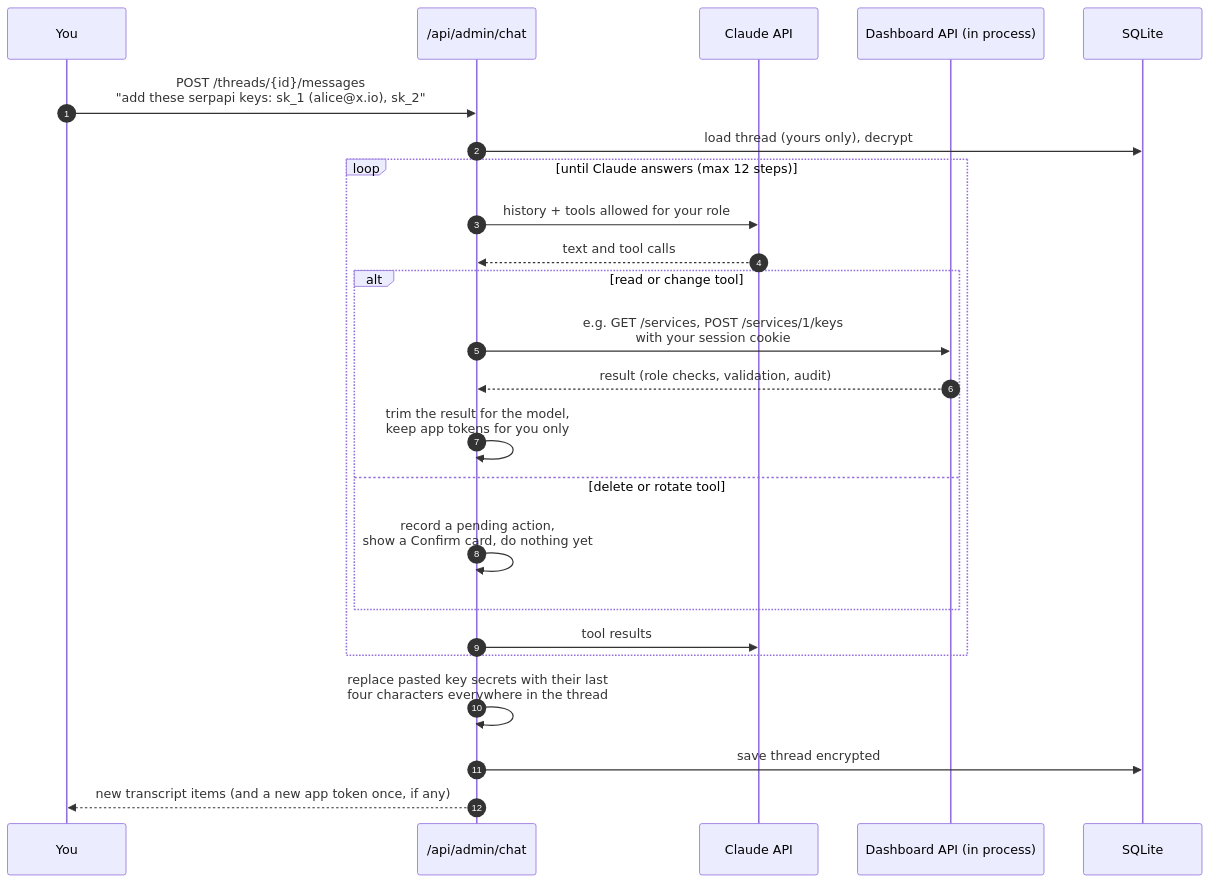
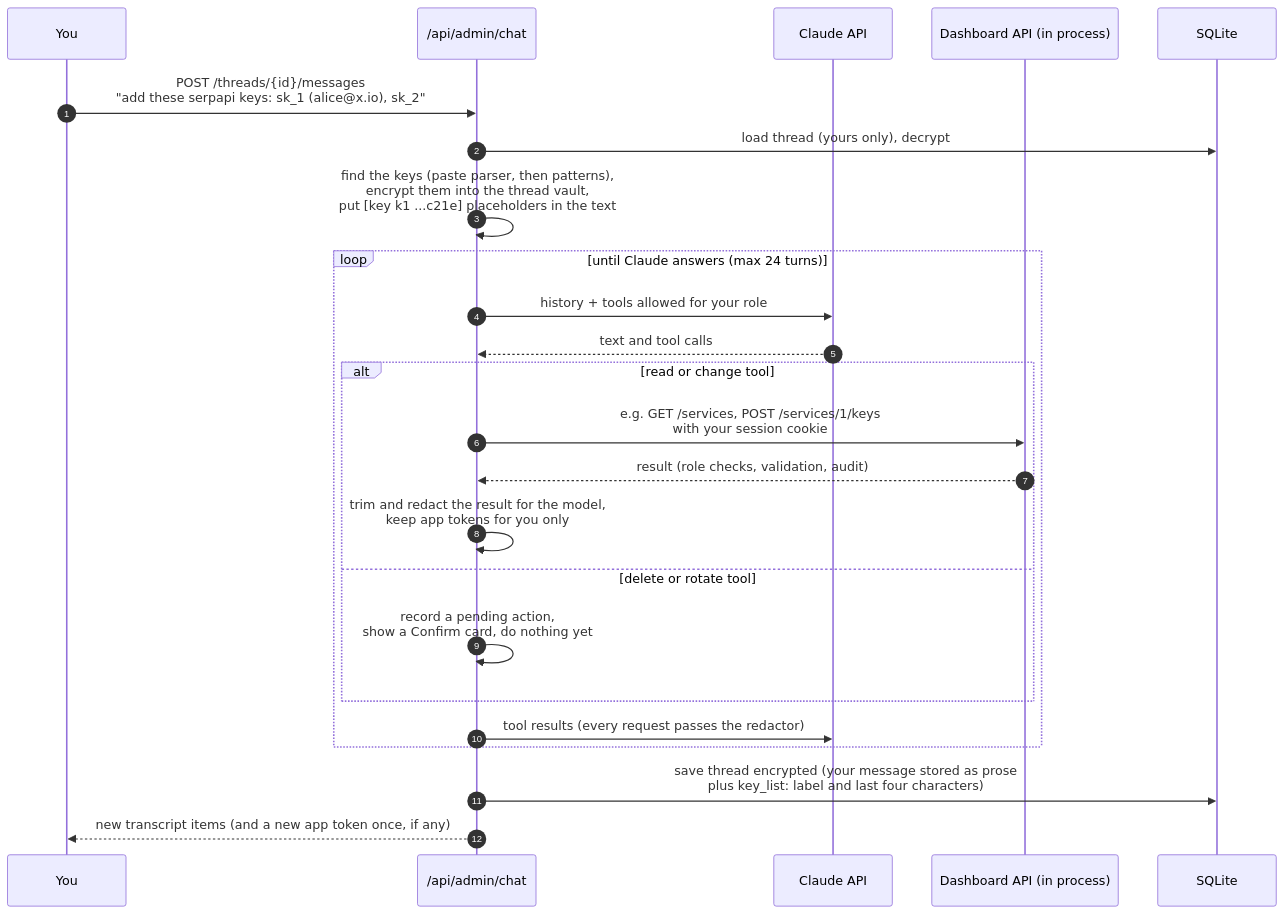
One commit to sidharthpunathil/acnologia changed diagram 11 of 13 in server/internal/docsmd/files/flows.md. Above: the diagram before and after it, drawn with Mermaid. The commit also changed other lines of this file and 43 other files, not shown here.

````diff
--- a/server/internal/docsmd/files/flows.md
+++ b/server/internal/docsmd/files/flows.md
@@ -336,27 +365,27 @@
 ```mermaid
 sequenceDiagram
     autonumber
     participant U as You
     participant C as /api/admin/chat
     participant Cl as Claude API
     participant D as Dashboard API (in process)
     participant DB as SQLite
 
     U->>C: POST /threads/{id}/messages<br/>"add these serpapi keys: sk_1 (alice@x.io), sk_2"
     C->>DB: load thread (yours only), decrypt
-    loop until Claude answers (max 12 steps)
+    C->>C: find the keys (paste parser, then patterns),<br/>encrypt them into the thread vault,<br/>put [key k1 ...c21e] placeholders in the text
+    loop until Claude answers (max 24 turns)
         C->>Cl: history + tools allowed for your role
         Cl-->>C: text and tool calls
         alt read or change tool
             C->>D: e.g. GET /services, POST /services/1/keys<br/>with your session cookie
             D-->>C: result (role checks, validation, audit)
-            C->>C: trim the result for the model,<br/>keep app tokens for you only
+            C->>C: trim and redact the result for the model,<br/>keep app tokens for you only
         else delete or rotate tool
             C->>C: record a pending action,<br/>show a Confirm card, do nothing yet
         end
-        C->>Cl: tool results
+        C->>Cl: tool results (every request passes the redactor)
     end
-    C->>C: replace pasted key secrets with their last<br/>four characters everywhere in the thread
-    C->>DB: save thread encrypted
+    C->>DB: save thread encrypted (your message stored as prose<br/>plus key_list: label and last four characters)
     C-->>U: new transcript items (and a new app token once, if any)
 ```
````
